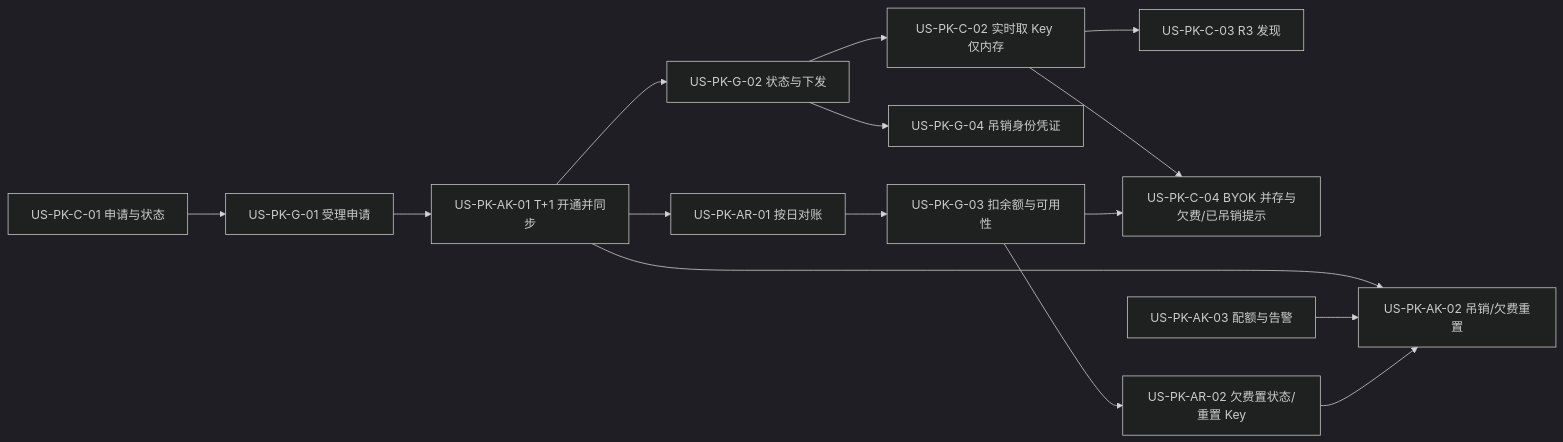
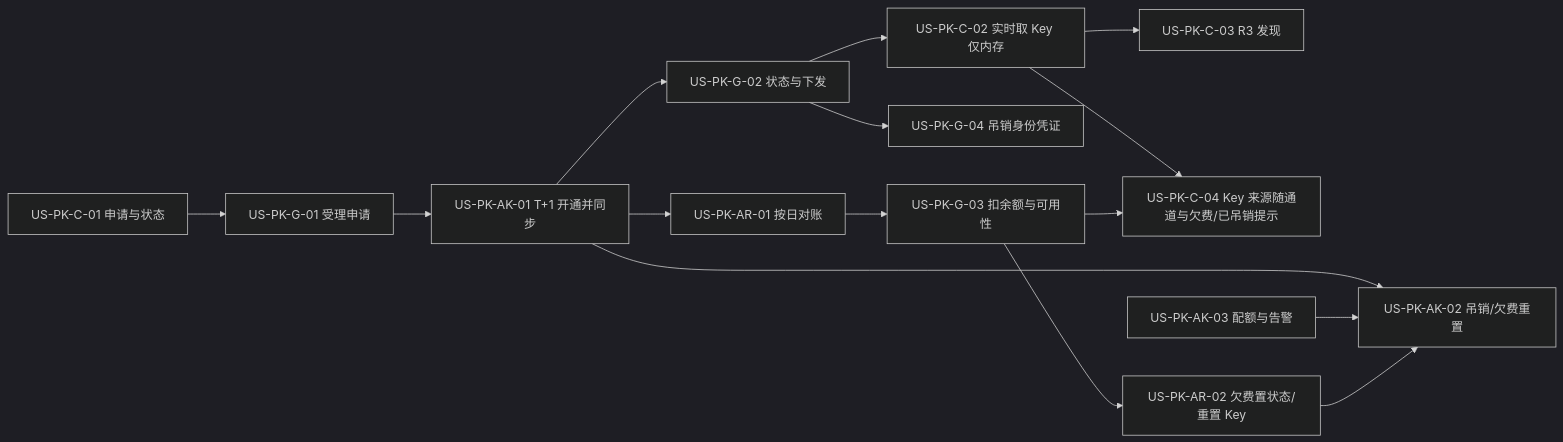
Before and after one commit to Pedro-MAFS/ftcs: the second of 2 diagrams in docs/30-需求-Places官方通道按用户下发APIKey.md, drawn with Mermaid (dark theme). The commit also changed other lines of this file, not shown here.

Commit message:
docs(us-pk): Places Key 来源跟随模型通道，官方通道不可 BYOK（Related #21）

````diff
--- a/docs/30-需求-Places官方通道按用户下发APIKey.md
+++ b/docs/30-需求-Places官方通道按用户下发APIKey.md
@@ -394,17 +397,17 @@
 ```mermaid
 flowchart LR
   G01[US-PK-G-01 受理申请] --> AK01[US-PK-AK-01 T+1 开通并同步]
   C01[US-PK-C-01 申请与状态] --> G01
   AK01 --> G02[US-PK-G-02 状态与下发]
   G02 --> C02[US-PK-C-02 实时取 Key 仅内存]
   G02 --> G04[US-PK-G-04 吊销身份凭证]
   C02 --> C03[US-PK-C-03 R3 发现]
-  C02 --> C04[US-PK-C-04 BYOK 并存与欠费/已吊销提示]
+  C02 --> C04[US-PK-C-04 Key 来源随通道与欠费/已吊销提示]
   AK01 --> AK02[US-PK-AK-02 吊销/欠费重置]
   AK03[US-PK-AK-03 配额与告警] --> AK02
   AK01 --> AR01[US-PK-AR-01 按日对账]
   AR01 --> G03[US-PK-G-03 扣余额与可用性]
   G03 --> AR02[US-PK-AR-02 欠费置状态/重置 Key]
   AR02 --> AK02
   G03 --> C04
 ```
````
